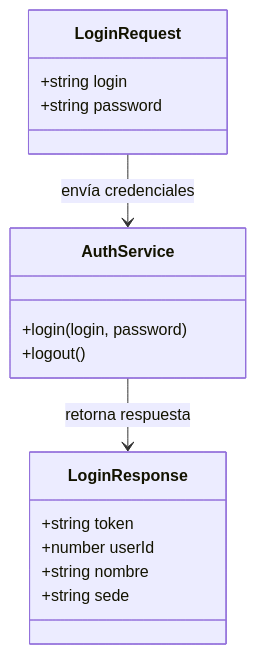
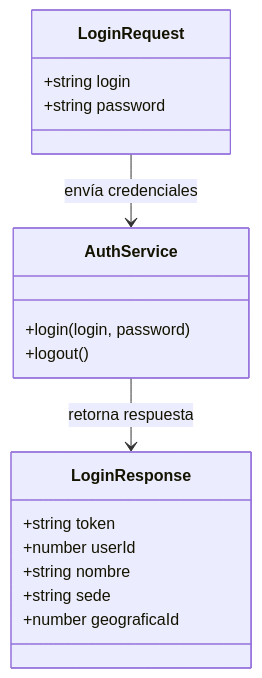
Before and after one commit to UM-services/UM.tesoreria.frontend-client: the eighth of 8 diagrams in docs/architecture.md, drawn with Mermaid. The commit also changed other lines of this file and 27 other files, not shown here.

````diff
--- a/docs/architecture.md
+++ b/docs/architecture.md
@@ -202,22 +204,23 @@
 ```mermaid
 classDiagram
     class LoginRequest {
         +string login
         +string password
     }
 
     class LoginResponse {
         +string token
         +number userId
         +string nombre
         +string sede
+        +number geograficaId
     }
 
     class AuthService {
         +login(login, password)
         +logout()
     }
 
     LoginRequest --> AuthService: envía credenciales
     AuthService --> LoginResponse: retorna respuesta
 ```
````
